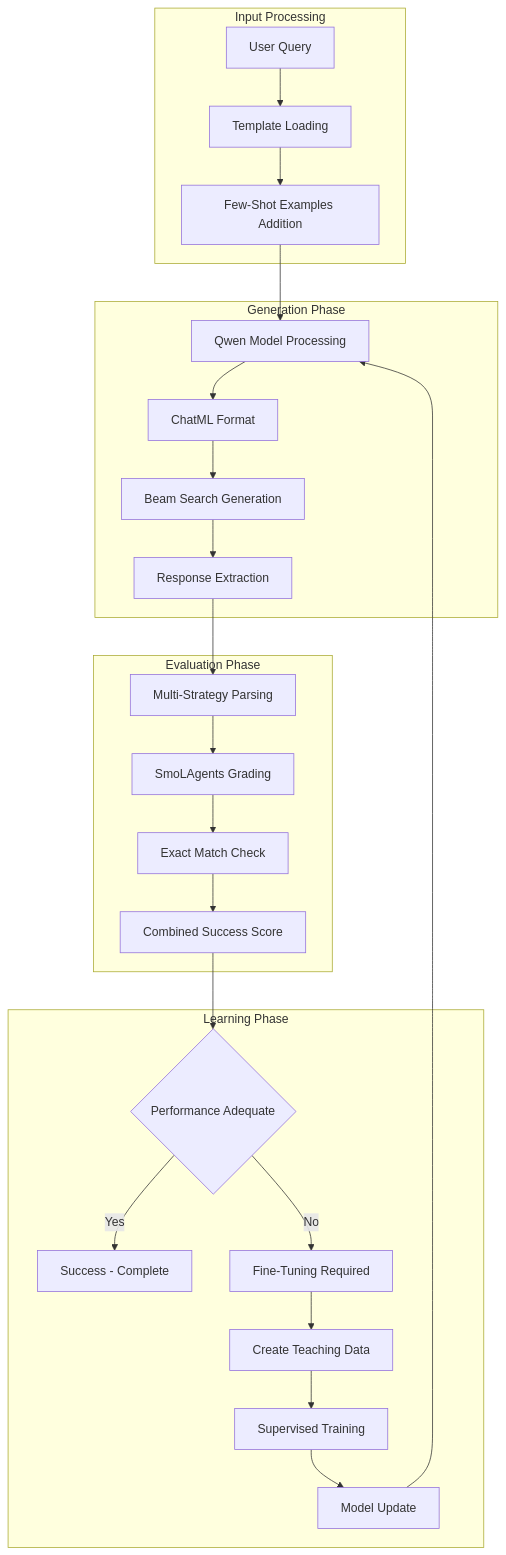
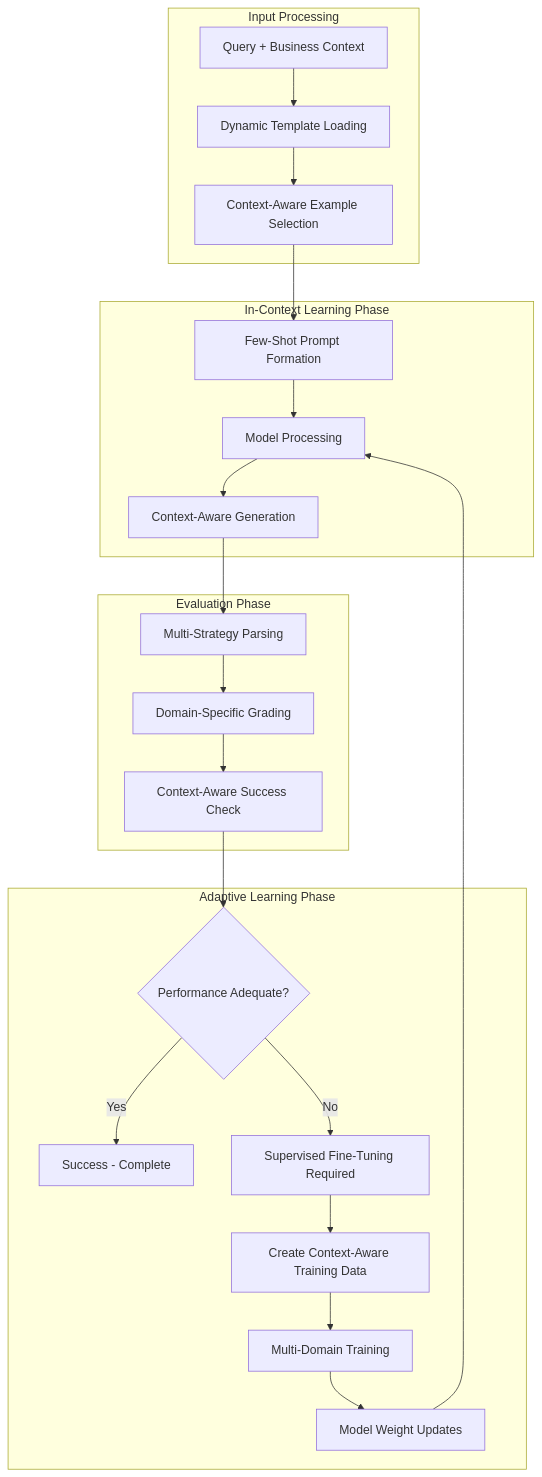
Before and after one commit to Psilocybin2K/qwen-rl: the ninth of 12 diagrams in README.md, drawn with Mermaid. The commit also changed other lines of this file, not shown here.

````diff
--- a/README.md
+++ b/README.md
@@ -424,31 +447,29 @@
 ```mermaid
 graph TD
     subgraph InputProcessing["Input Processing"]
-        A["User Query"] --> B["Template Loading"]
-        B --> C["Few-Shot Examples Addition"]
+        A["Query + Business Context"] --> B["Dynamic Template Loading"]
+        B --> C["Context-Aware Example Selection"]
     end
     
-    subgraph GenerationPhase["Generation Phase"]
-        C --> D["Qwen Model Processing"]
-        D --> E["ChatML Format"]
-        E --> F["Beam Search Generation"]
-        F --> G["Response Extraction"]
+    subgraph InContextPhase["In-Context Learning Phase"]
+        C --> D["Few-Shot Prompt Formation"]
+        D --> E["Model Processing"]
+        E --> F["Context-Aware Generation"]
     end
     
     subgraph EvaluationPhase["Evaluation Phase"]
-        G --> H["Multi-Strategy Parsing"]
-        H --> I["SmoLAgents Grading"]
-        I --> J["Exact Match Check"]
-        J --> K["Combined Success Score"]
+        F --> G["Multi-Strategy Parsing"]
+        G --> H["Domain-Specific Grading"]
+        H --> I["Context-Aware Success Check"]
     end
     
-    subgraph LearningPhase["Learning Phase"]
-        K --> L{"Performance Adequate"}
-        L -->|Yes| M["Success - Complete"]
-        L -->|No| N["Fine-Tuning Required"]
-        N --> O["Create Teaching Data"]
-        O --> P["Supervised Training"]
-        P --> Q["Model Update"]
-        Q --> D
+    subgraph AdaptiveLearning["Adaptive Learning Phase"]
+        I --> J{"Performance Adequate?"}
+        J -->|Yes| K["Success - Complete"]
+        J -->|No| L["Supervised Fine-Tuning Required"]
+        L --> M["Create Context-Aware Training Data"]
+        M --> N["Multi-Domain Training"]
+        N --> O["Model Weight Updates"]
+        O --> E
     end
 ```
````
